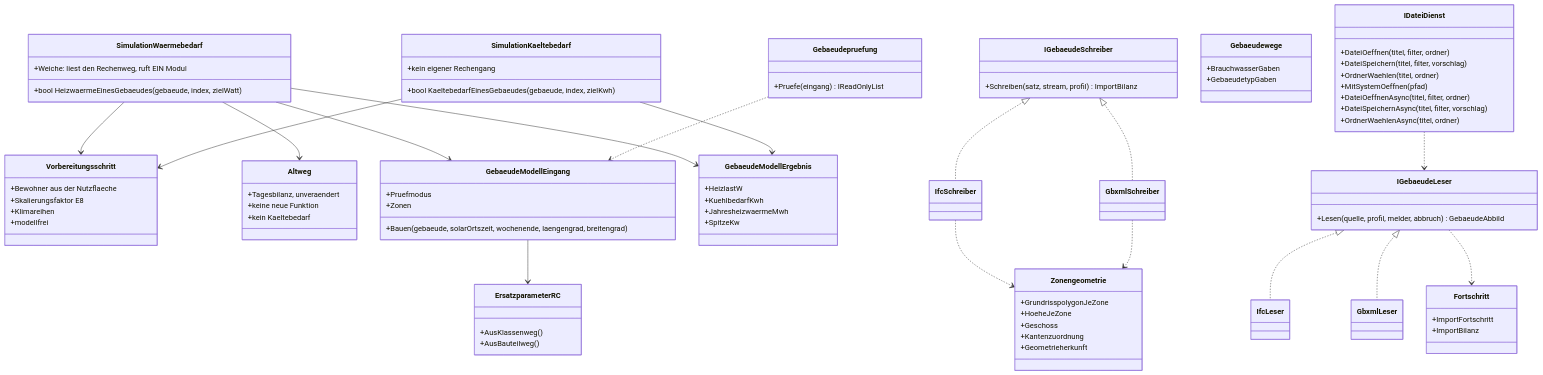
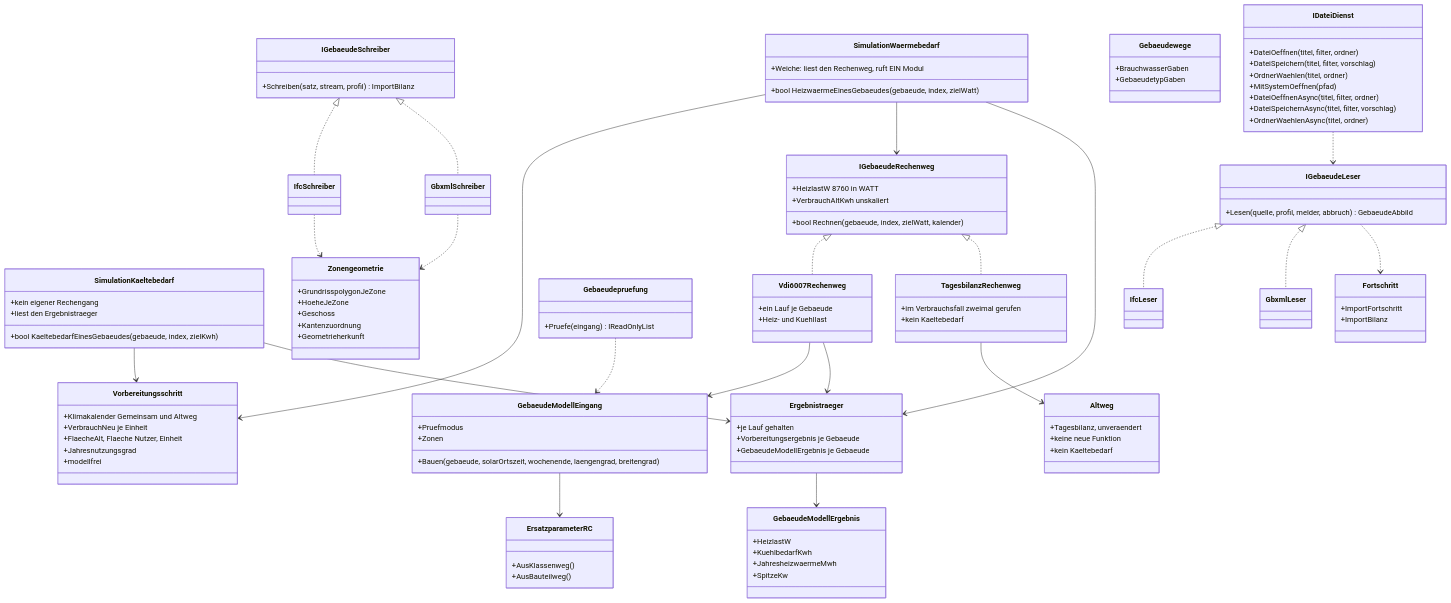
One commit to inekon/EPOS-Plan changed the fifth of 8 diagrams in Dokumentation/aktuell/Systementwurf_Gebaeudesimulation_EPOS-Plan.md. Above: the diagram before and after it, drawn with Mermaid. The commit also changed other lines of this file and 15 other files, not shown here.

```diff
--- a/Dokumentation/aktuell/Systementwurf_Gebaeudesimulation_EPOS-Plan.md
+++ b/Dokumentation/aktuell/Systementwurf_Gebaeudesimulation_EPOS-Plan.md
@@ -518,12 +557,32 @@
   class SimulationKaeltebedarf {
     +bool KaeltebedarfEinesGebaeudes(gebaeude, index, zielKwh)
     +kein eigener Rechengang
+    +liest den Ergebnistraeger
   }
   class Vorbereitungsschritt {
-    +Bewohner aus der Nutzflaeche
-    +Skalierungsfaktor E8
-    +Klimareihen
+    +Klimakalender Gemeinsam und Altweg
+    +VerbrauchNeu je Einheit
+    +FlaecheAlt, Flaeche Nutzer, Einheit
+    +Jahresnutzungsgrad
     +modellfrei
+  }
+  class IGebaeudeRechenweg {
+    +bool Rechnen(gebaeude, index, zielWatt, kalender)
+    +HeizlastW 8760 in WATT
+    +VerbrauchAltKwh unskaliert
+  }
+  class Vdi6007Rechenweg {
+    +ein Lauf je Gebaeude
+    +Heiz- und Kuehllast
+  }
+  class TagesbilanzRechenweg {
+    +im Verbrauchsfall zweimal gerufen
+    +kein Kaeltebedarf
+  }
+  class Ergebnistraeger {
+    +je Lauf gehalten
+    +Vorbereitungsergebnis je Gebaeude
+    +GebaeudeModellErgebnis je Gebaeude
   }
   class Altweg {
     +Tagesbilanz, unveraendert
@@ -585,11 +644,16 @@
 
   SimulationWaermebedarf --> Vorbereitungsschritt
   SimulationKaeltebedarf --> Vorbereitungsschritt
-  SimulationWaermebedarf --> Altweg
-  SimulationWaermebedarf --> GebaeudeModellEingang
+  SimulationWaermebedarf --> IGebaeudeRechenweg
+  IGebaeudeRechenweg <|.. Vdi6007Rechenweg
+  IGebaeudeRechenweg <|.. TagesbilanzRechenweg
+  TagesbilanzRechenweg --> Altweg
+  Vdi6007Rechenweg --> GebaeudeModellEingang
   GebaeudeModellEingang --> ErsatzparameterRC
-  SimulationWaermebedarf --> GebaeudeModellErgebnis
-  SimulationKaeltebedarf --> GebaeudeModellErgebnis
+  Vdi6007Rechenweg --> Ergebnistraeger
+  Ergebnistraeger --> GebaeudeModellErgebnis
+  SimulationWaermebedarf --> Ergebnistraeger
+  SimulationKaeltebedarf --> Ergebnistraeger
   Gebaeudepruefung ..> GebaeudeModellEingang
   IGebaeudeLeser <|.. IfcLeser
   IGebaeudeLeser <|.. GbxmlLeser
```
